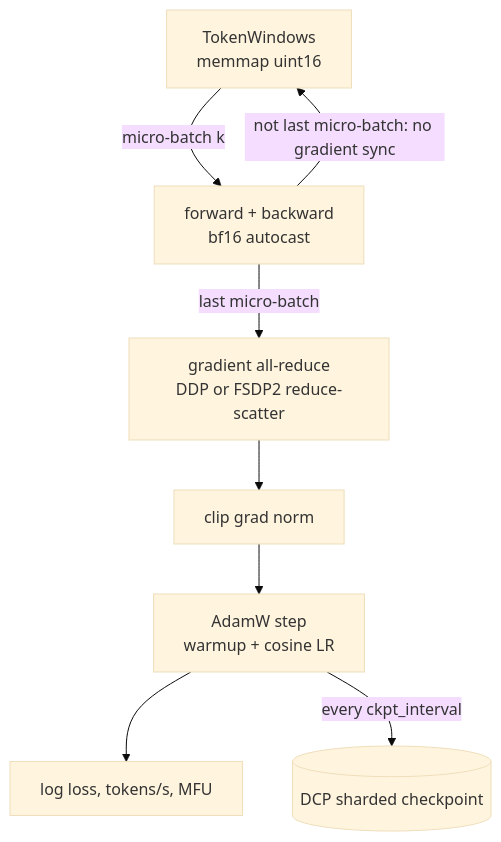
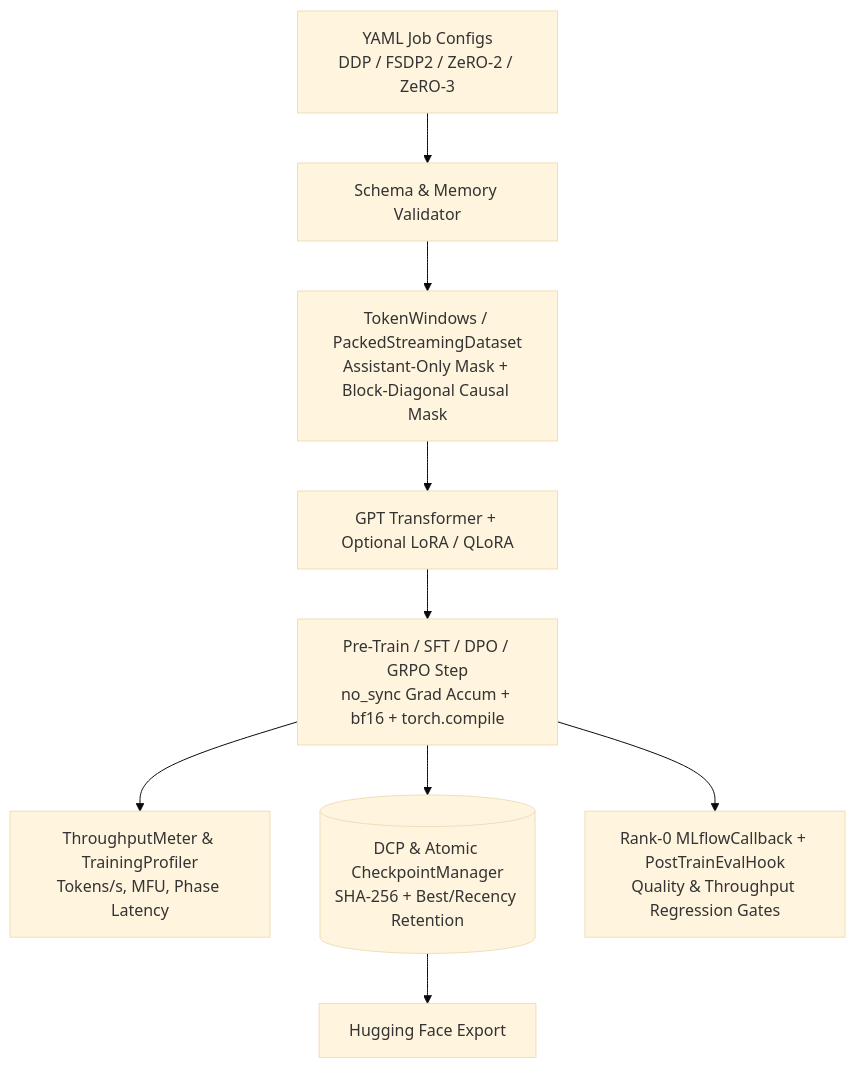
The diagram in README.md (kishorhange111/distributed-llm-training), drawn with Mermaid (base theme) before and after one commit. The commit also changed other lines of this file and 3 other files, not shown here.

````diff
--- a/README.md
+++ b/README.md
@@ -73,9 +60,11 @@
 ```mermaid
 flowchart TB
-    D[TokenWindows<br/>memmap uint16] -->|micro-batch k| F[forward + backward<br/>bf16 autocast]
-    F -->|"not last micro-batch: no gradient sync"| D
-    F -->|last micro-batch| S[gradient all-reduce<br/>DDP or FSDP2 reduce-scatter]
-    S --> C[clip grad norm] --> O[AdamW step<br/>warmup + cosine LR]
-    O --> L[log loss, tokens/s, MFU]
-    O -->|every ckpt_interval| K[(DCP sharded checkpoint)]
+    CFG[YAML Job Configs<br/>DDP / FSDP2 / ZeRO-2 / ZeRO-3] --> VAL[Schema & Memory Validator]
+    VAL --> DATA[TokenWindows / PackedStreamingDataset<br/>Assistant-Only Mask + Block-Diagonal Causal Mask]
+    DATA --> MODEL[GPT Transformer + Optional LoRA / QLoRA]
+    MODEL --> STEP[Pre-Train / SFT / DPO / GRPO Step<br/>no_sync Grad Accum + bf16 + torch.compile]
+    STEP --> PROF[ThroughputMeter & TrainingProfiler<br/>Tokens/s, MFU, Phase Latency]
+    STEP --> CKPT[(DCP & Atomic CheckpointManager<br/>SHA-256 + Best/Recency Retention)]
+    STEP --> MLF[Rank-0 MLflowCallback + PostTrainEvalHook<br/>Quality & Throughput Regression Gates]
+    CKPT --> EXP[Hugging Face Export]
 ```
````
